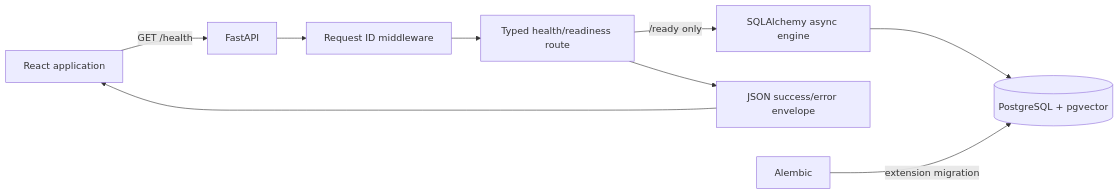
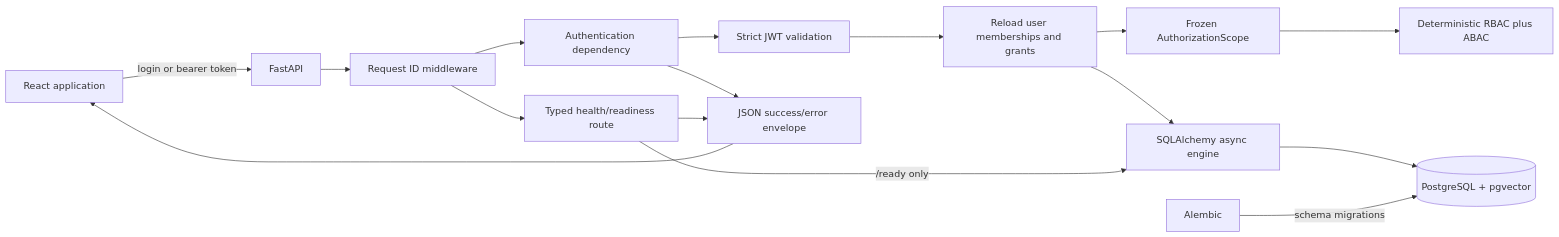
The first of 2 diagrams in docs/architecture.md (sagar431/secure-portfolio-copilot), drawn with Mermaid before and after one commit. The commit also changed other lines of this file and 60 other files, not shown here.

Commit message:
feat: add multi-tenant authentication and authorization

````diff
--- a/docs/architecture.md
+++ b/docs/architecture.md
@@ -8,11 +8,18 @@
 ```mermaid
 flowchart LR
-    Browser[React application] -->|GET /health| API[FastAPI]
+    Browser[React application] -->|login or bearer token| API[FastAPI]
     API --> RequestID[Request ID middleware]
+    RequestID --> Auth[Authentication dependency]
+    Auth --> JWT[Strict JWT validation]
+    JWT --> Identity[Reload user memberships and grants]
+    Identity --> Scope[Frozen AuthorizationScope]
+    Scope --> Policy[Deterministic RBAC plus ABAC]
+    Identity --> SQLAlchemy[SQLAlchemy async engine]
     RequestID --> Route[Typed health/readiness route]
-    Route -->|/ready only| SQLAlchemy[SQLAlchemy async engine]
+    Route -->|/ready only| SQLAlchemy
     SQLAlchemy --> PostgreSQL[(PostgreSQL + pgvector)]
-    Route --> Envelope[JSON success/error envelope]
+    Auth --> Envelope[JSON success/error envelope]
+    Route --> Envelope
     Envelope --> Browser
-    Alembic[Alembic] -->|extension migration| PostgreSQL
+    Alembic[Alembic] -->|schema migrations| PostgreSQL
 ```
````
